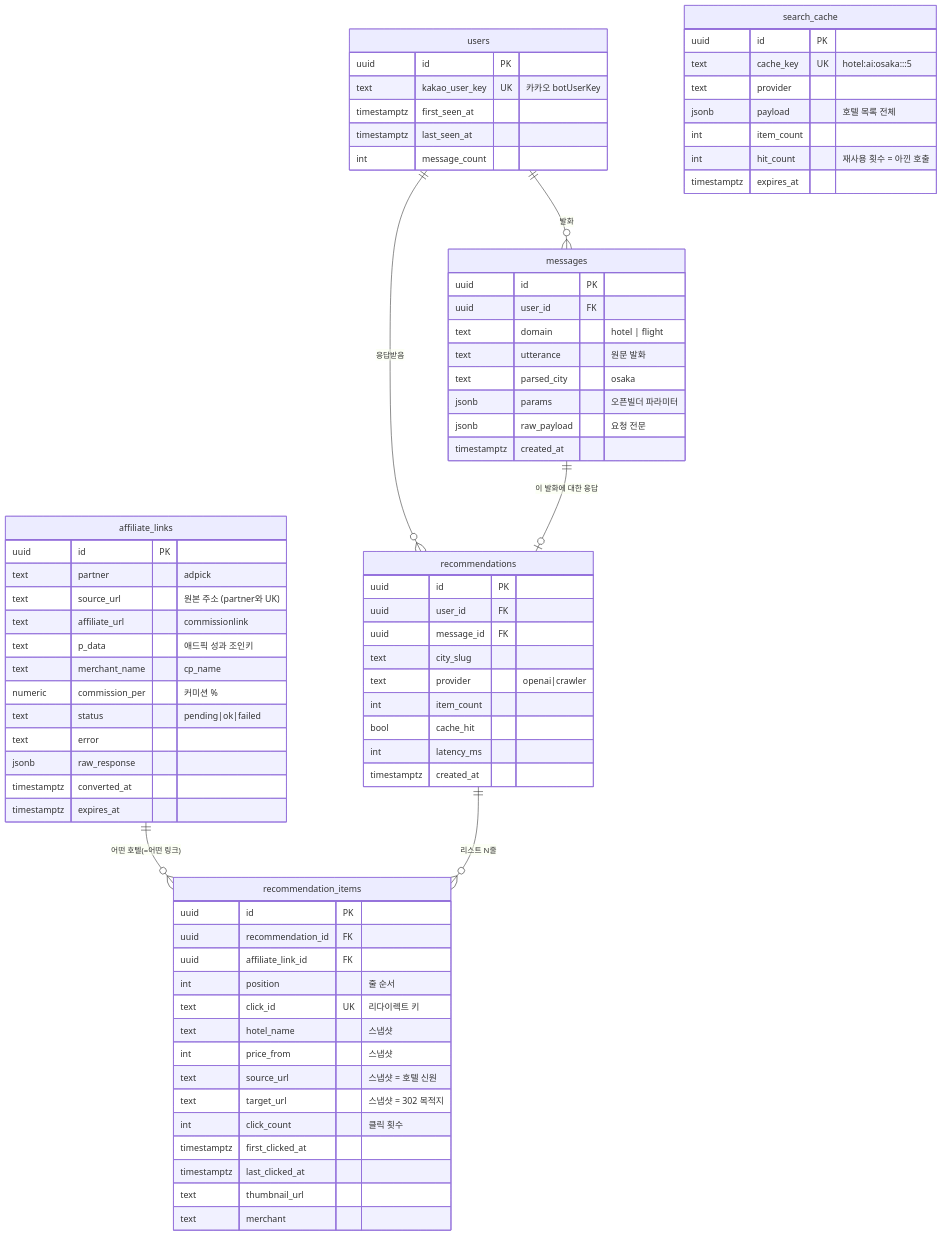
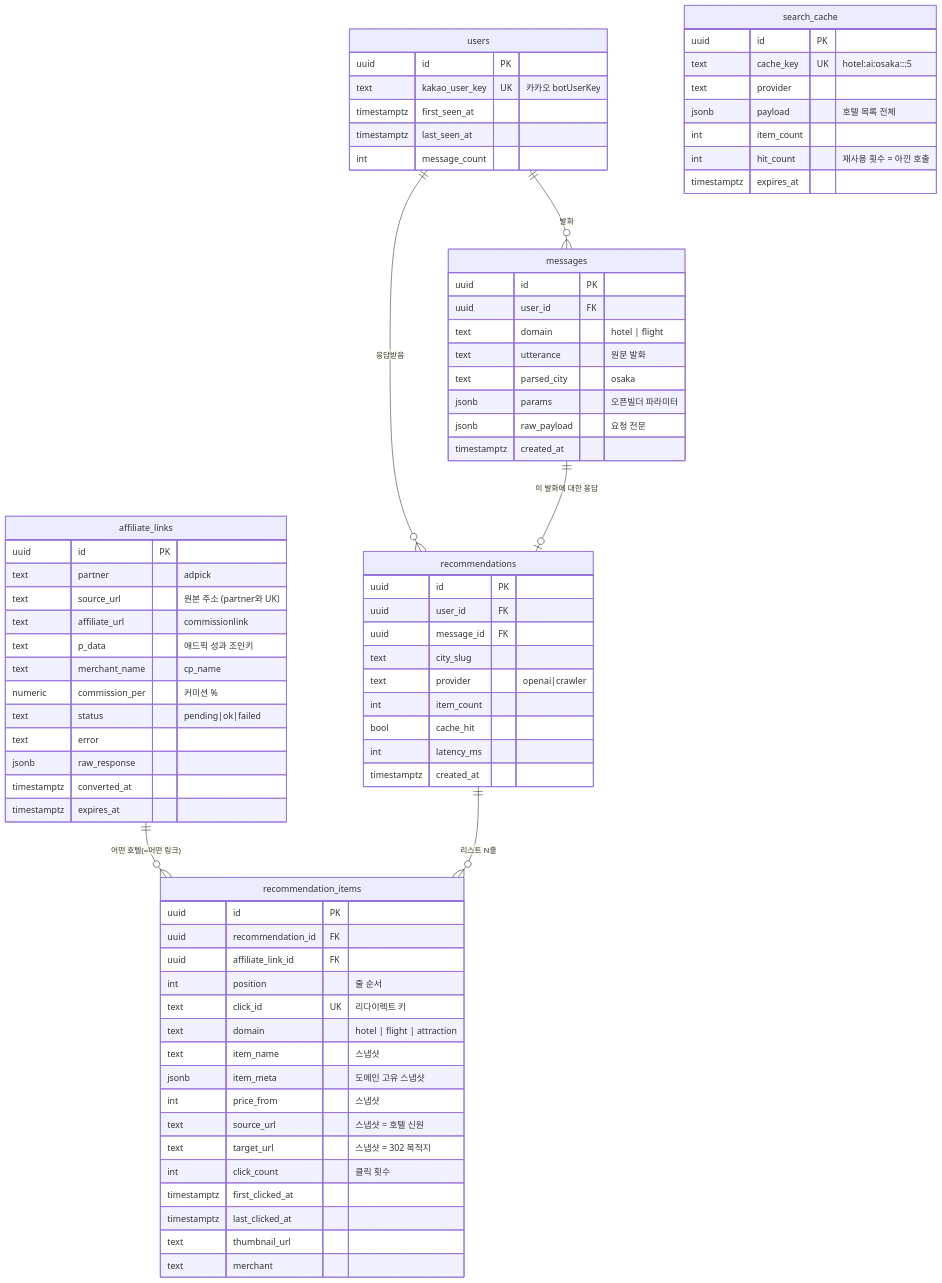
One commit to kcjfgnl9205/travel-chatbot-app changed the second of 2 diagrams in docs/DB.md. Above: the diagram before and after it, drawn with Mermaid. The commit also changed other lines of this file and 9 other files, not shown here.

First line of the commit message:
feat: 노출 스냅샷을 도메인별로 가른다 — domain · item_meta

````diff
--- a/docs/DB.md
+++ b/docs/DB.md
@@ -82,76 +82,78 @@
 ```mermaid
 erDiagram
     users ||--o{ messages : "발화"
     users ||--o{ recommendations : "응답받음"
     messages ||--o| recommendations : "이 발화에 대한 응답"
     affiliate_links ||--o{ recommendation_items : "어떤 호텔(=어떤 링크)"
     recommendations ||--o{ recommendation_items : "리스트 N줄"
 
     users {
         uuid id PK
         text kakao_user_key UK "카카오 botUserKey"
         timestamptz first_seen_at
         timestamptz last_seen_at
         int message_count
     }
     messages {
         uuid id PK
         uuid user_id FK
         text domain "hotel | flight"
         text utterance "원문 발화"
         text parsed_city "osaka"
         jsonb params "오픈빌더 파라미터"
         jsonb raw_payload "요청 전문"
         timestamptz created_at
     }
     affiliate_links {
         uuid id PK
         text partner "adpick"
         text source_url "원본 주소 (partner와 UK)"
         text affiliate_url "commissionlink"
         text p_data "애드픽 성과 조인키"
         text merchant_name "cp_name"
         numeric commission_per "커미션 %"
         text status "pending|ok|failed"
         text error
         jsonb raw_response
         timestamptz converted_at
         timestamptz expires_at
     }
     search_cache {
         uuid id PK
         text cache_key UK "hotel:ai:osaka:::5"
         text provider
         jsonb payload "호텔 목록 전체"
         int item_count
         int hit_count "재사용 횟수 = 아낀 호출"
         timestamptz expires_at
     }
     recommendations {
         uuid id PK
         uuid user_id FK
         uuid message_id FK
         text city_slug
         text provider "openai|crawler"
         int item_count
         bool cache_hit
         int latency_ms
         timestamptz created_at
     }
     recommendation_items {
         uuid id PK
         uuid recommendation_id FK
         uuid affiliate_link_id FK
         int position "줄 순서"
         text click_id UK "리다이렉트 키"
-        text hotel_name "스냅샷"
+        text domain "hotel | flight | attraction"
+        text item_name "스냅샷"
+        jsonb item_meta "도메인 고유 스냅샷"
         int price_from "스냅샷"
         text source_url "스냅샷 = 호텔 신원"
         text target_url "스냅샷 = 302 목적지"
         int click_count "클릭 횟수"
         timestamptz first_clicked_at
         timestamptz last_clicked_at
         text thumbnail_url
         text merchant
     }
 ```
````
